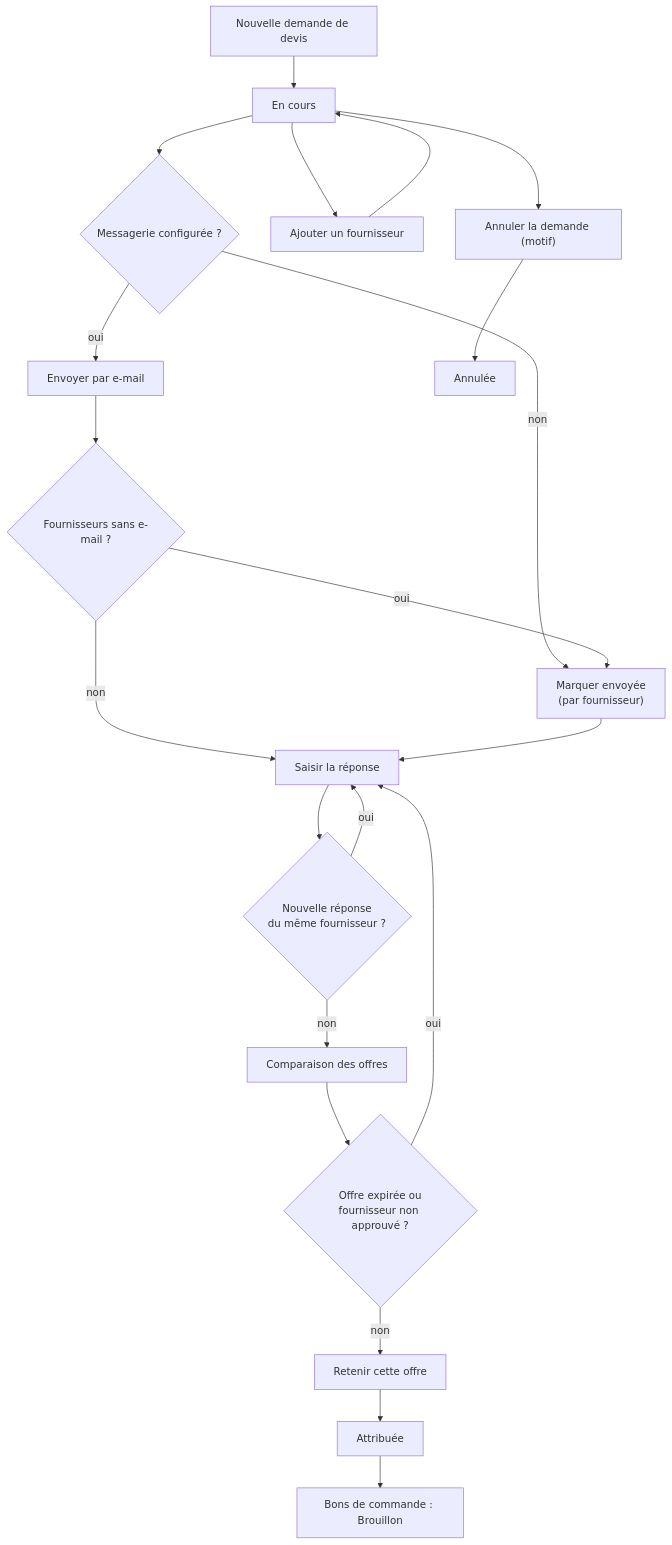
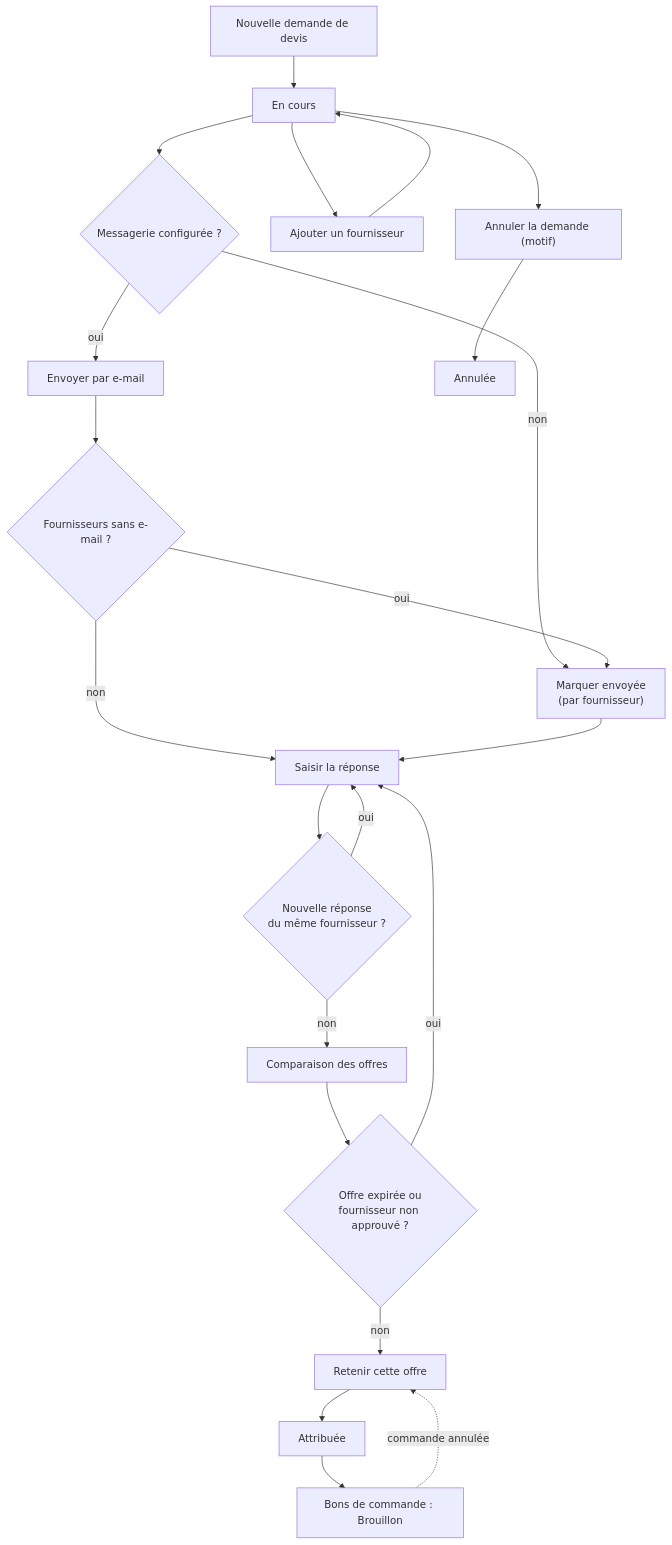
Before and after one commit to J4dJad/MarocLis: the fifth of 9 diagrams in docs/manuel/06-stocks-achats.md, drawn with Mermaid. The commit also changed other lines of this file and 3 other files, not shown here.

````diff
--- a/docs/manuel/06-stocks-achats.md
+++ b/docs/manuel/06-stocks-achats.md
@@ -449,23 +524,24 @@
 ```mermaid
 flowchart TD
     A["Nouvelle demande de devis"] --> B["En cours"]
     B --> C{"Messagerie configurée ?"}
     C -- oui --> D["Envoyer par e-mail"]
     C -- non --> E["Marquer envoyée<br/>(par fournisseur)"]
     D --> F{"Fournisseurs sans e-mail ?"}
     F -- oui --> E
     F -- non --> G
     E --> G["Saisir la réponse"]
     B --> H["Ajouter un fournisseur"]
     H --> B
     G --> G2{"Nouvelle réponse<br/>du même fournisseur ?"}
     G2 -- oui --> G
     G2 -- non --> I["Comparaison des offres"]
     I --> J{"Offre expirée ou<br/>fournisseur non approuvé ?"}
     J -- oui --> G
     J -- non --> K["Retenir cette offre"]
     K --> L["Attribuée"]
     L --> M["Bons de commande : Brouillon"]
+    M -.->|"commande annulée"| K
     B --> N["Annuler la demande (motif)"]
     N --> O["Annulée"]
 ```
````
